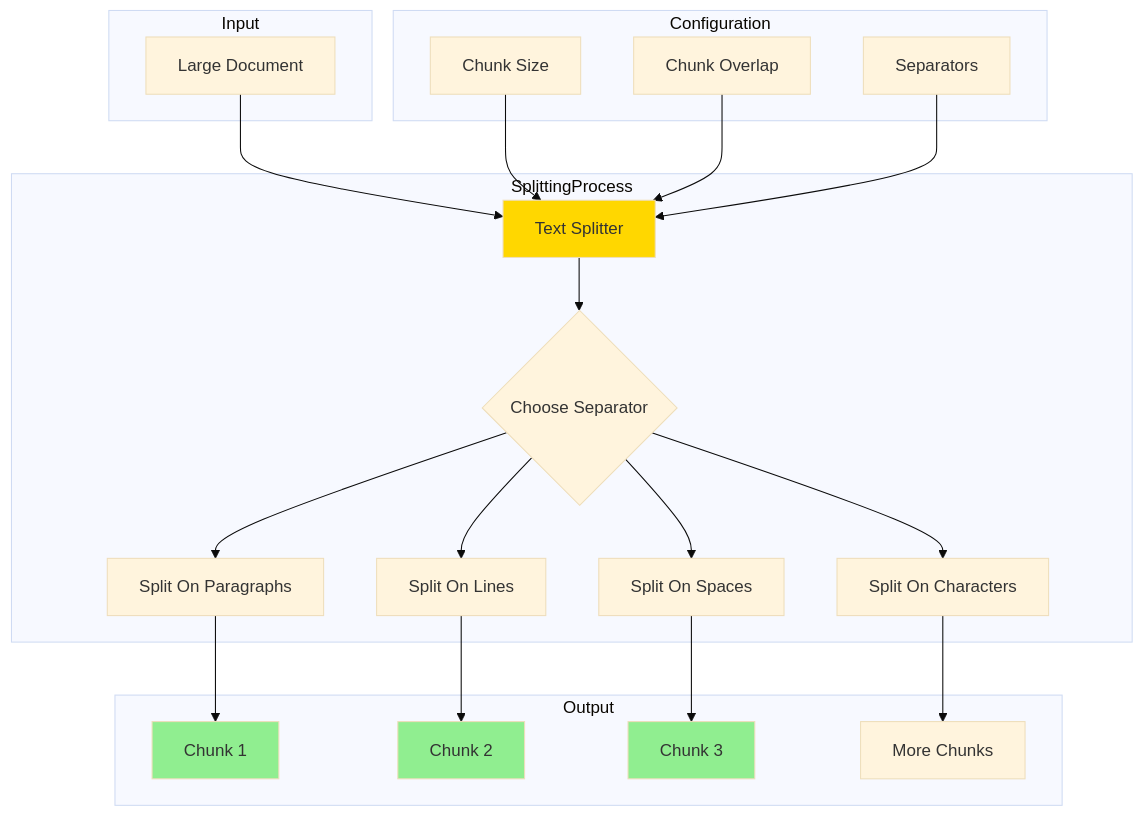
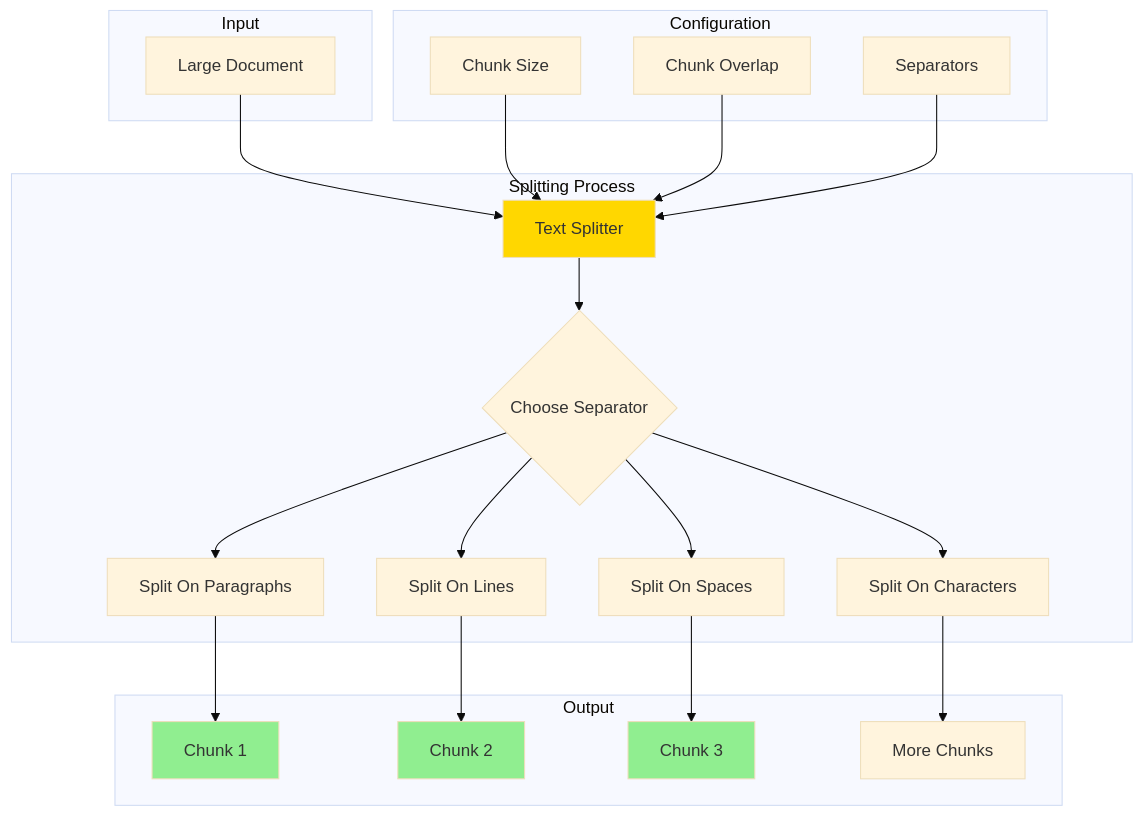
The third of 14 diagrams in 12.TextSplitters/README.md (Kadiwalhussain/LangChain), drawn with Mermaid (base theme) before and after one commit. The commit also changed 7 other files, not shown here.

First line of the commit message:
Fix Mermaid diagram syntax errors in all README files

````diff
--- a/12.TextSplitters/README.md
+++ b/12.TextSplitters/README.md
@@ -79,42 +79,42 @@
 ```mermaid
 graph TB
-    subgraph Input
+    subgraph Input["Input"]
         A[Large Document]
     end
     
-    subgraph Configuration
+    subgraph Configuration["Configuration"]
         B[Chunk Size]
         C[Chunk Overlap]
         D[Separators]
     end
     
-    subgraph SplittingProcess
+    subgraph SplittingProcess["Splitting Process"]
         E[Text Splitter] --> F{Choose Separator}
         F --> G[Split On Paragraphs]
         F --> H[Split On Lines]
         F --> I[Split On Spaces]
         F --> J[Split On Characters]
     end
     
-    subgraph Output
+    subgraph Output["Output"]
         K[Chunk 1]
         L[Chunk 2]
         M[Chunk 3]
         N[More Chunks]
     end
     
     A --> E
     B --> E
     C --> E
     D --> E
     
     G --> K
     H --> L
     I --> M
     J --> N
     
     style E fill:#FFD700
     style K fill:#90EE90
     style L fill:#90EE90
     style M fill:#90EE90
 ```
````
